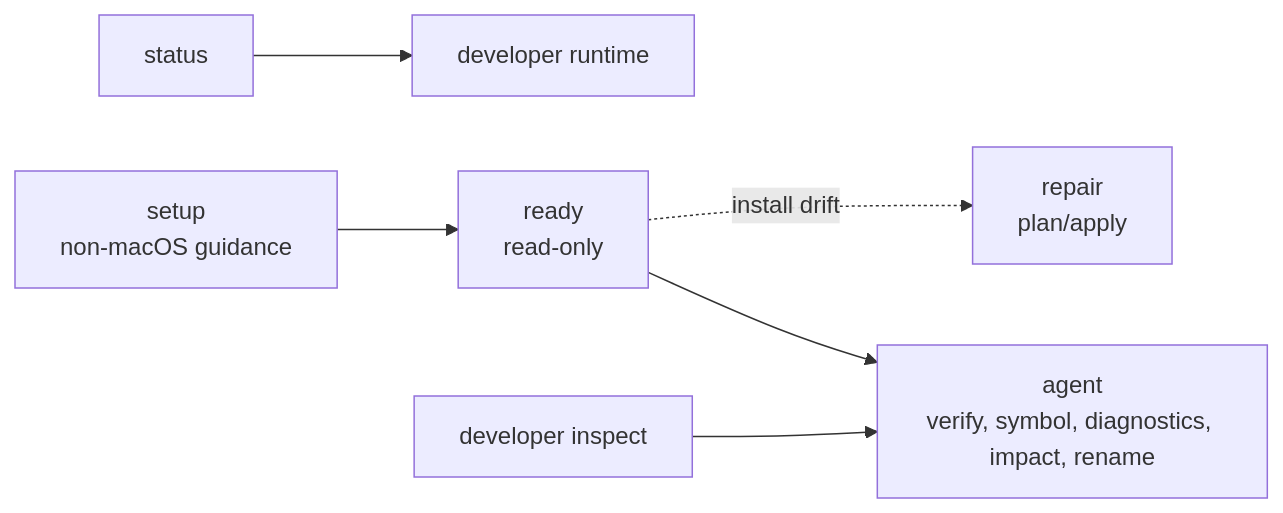
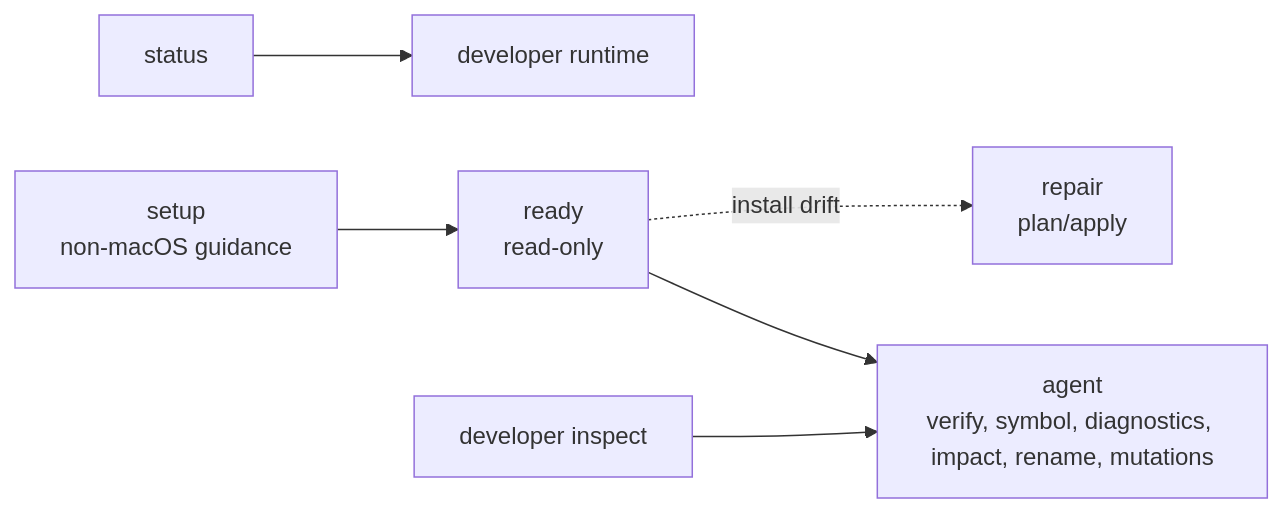
Before and after one commit to amichne/kast: the diagram in docs/commands/index.md, drawn with Mermaid. The commit also changed other lines of this file and 33 other files, not shown here.

````diff
--- a/docs/commands/index.md
+++ b/docs/commands/index.md
@@ -15,16 +15,16 @@
 ```mermaid
 flowchart LR
     setup["setup<br/>non-macOS guidance"]
     ready["ready<br/>read-only"]
     repair["repair<br/>plan/apply"]
     status["status"]
-    agent["agent<br/>verify, symbol, diagnostics, impact, rename"]
+    agent["agent<br/>verify, symbol, diagnostics, impact, rename, mutations"]
     runtime["developer runtime"]
     inspect["developer inspect"]
 
     setup --> ready
     ready --> agent
     ready -. install drift .-> repair
     status --> runtime
     inspect --> agent
 ```
````
